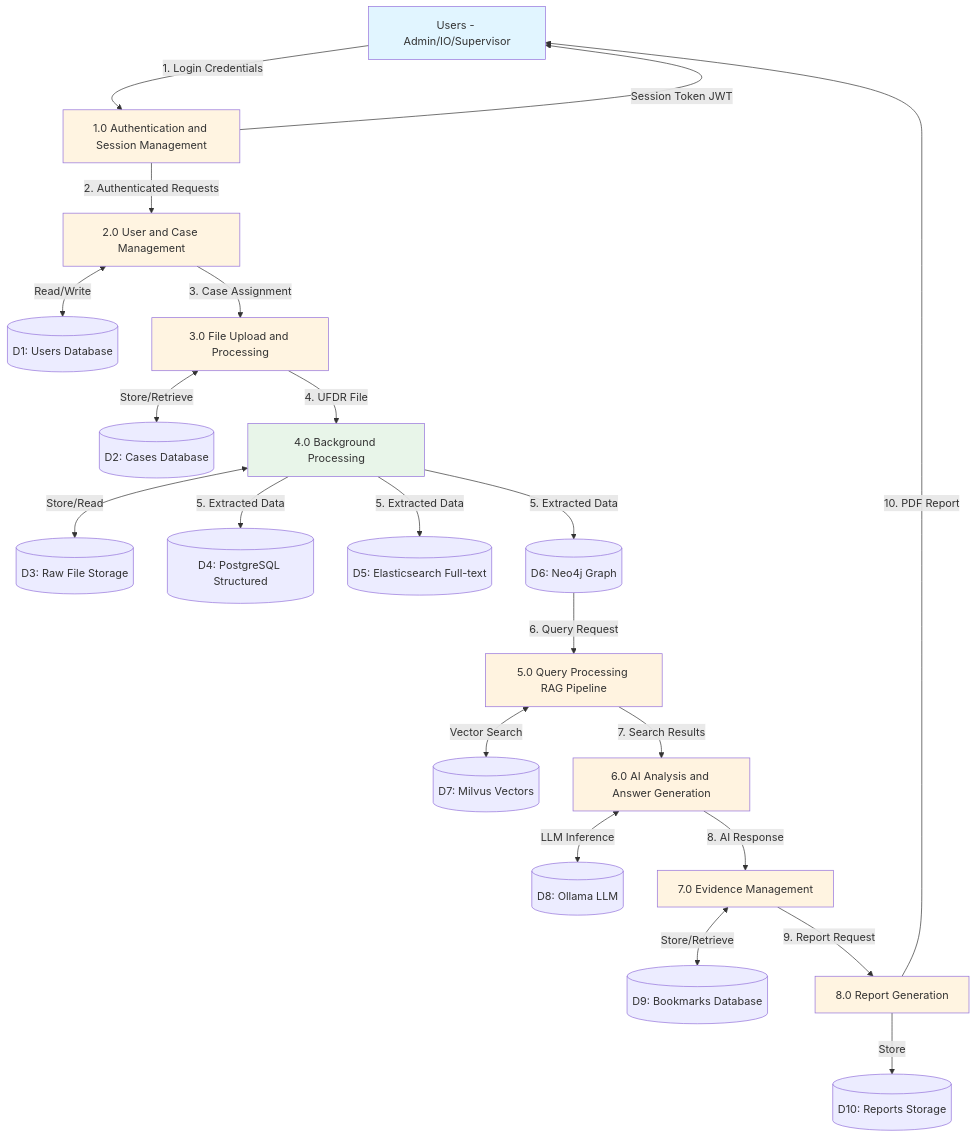
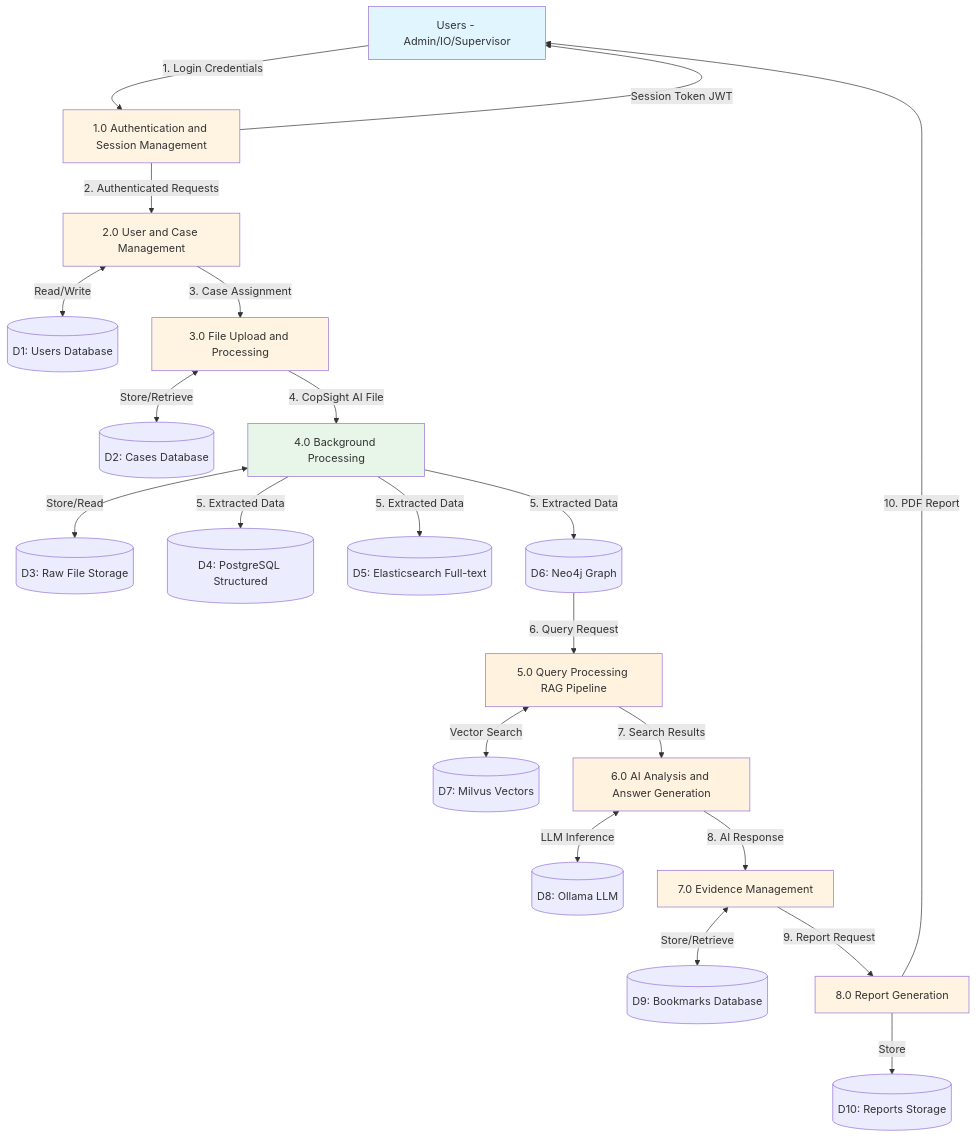
One commit to beingbrijesh/CopSight changed the second of 5 diagrams in DATA-FLOW-DIAGRAM.md. Above: the diagram before and after it, drawn with Mermaid. The commit also changed other lines of this file and 90 other files, not shown here.

Commit message:
chore: Rebrand to CopSight AI and update infrastructure

````diff
--- a/DATA-FLOW-DIAGRAM.md
+++ b/DATA-FLOW-DIAGRAM.md
@@ -34,55 +34,55 @@
 ```mermaid
 flowchart TD
     Users[Users - Admin/IO/Supervisor]
     
     P1[1.0 Authentication and Session Management]
     P2[2.0 User and Case Management]
     P3[3.0 File Upload and Processing]
     P4[4.0 Background Processing]
     P5[5.0 Query Processing RAG Pipeline]
     P6[6.0 AI Analysis and Answer Generation]
     P7[7.0 Evidence Management]
     P8[8.0 Report Generation]
     
     D1[(D1: Users Database)]
     D2[(D2: Cases Database)]
     D3[(D3: Raw File Storage)]
     D4[(D4: PostgreSQL Structured)]
     D5[(D5: Elasticsearch Full-text)]
     D6[(D6: Neo4j Graph)]
     D7[(D7: Milvus Vectors)]
     D8[(D8: Ollama LLM)]
     D9[(D9: Bookmarks Database)]
     D10[(D10: Reports Storage)]
     
     Users -->|1. Login Credentials| P1
     P1 -->|Session Token JWT| Users
     P1 -->|2. Authenticated Requests| P2
     P2 <-->|Read/Write| D1
     P2 -->|3. Case Assignment| P3
     P3 <-->|Store/Retrieve| D2
-    P3 -->|4. UFDR File| P4
+    P3 -->|4. CopSight AI File| P4
     P4 <-->|Store/Read| D3
     P4 -->|5. Extracted Data| D4
     P4 -->|5. Extracted Data| D5
     P4 -->|5. Extracted Data| D6
     D6 -->|6. Query Request| P5
     P5 <-->|Vector Search| D7
     P5 -->|7. Search Results| P6
     P6 <-->|LLM Inference| D8
     P6 -->|8. AI Response| P7
     P7 <-->|Store/Retrieve| D9
     P7 -->|9. Report Request| P8
     P8 -->|Store| D10
     P8 -->|10. PDF Report| Users
     
     style Users fill:#e1f5ff
     style P1 fill:#fff4e1
     style P2 fill:#fff4e1
     style P3 fill:#fff4e1
     style P4 fill:#e8f5e9
     style P5 fill:#fff3e0
     style P6 fill:#fff3e0
     style P7 fill:#fff4e1
     style P8 fill:#fff4e1
 ```
````
